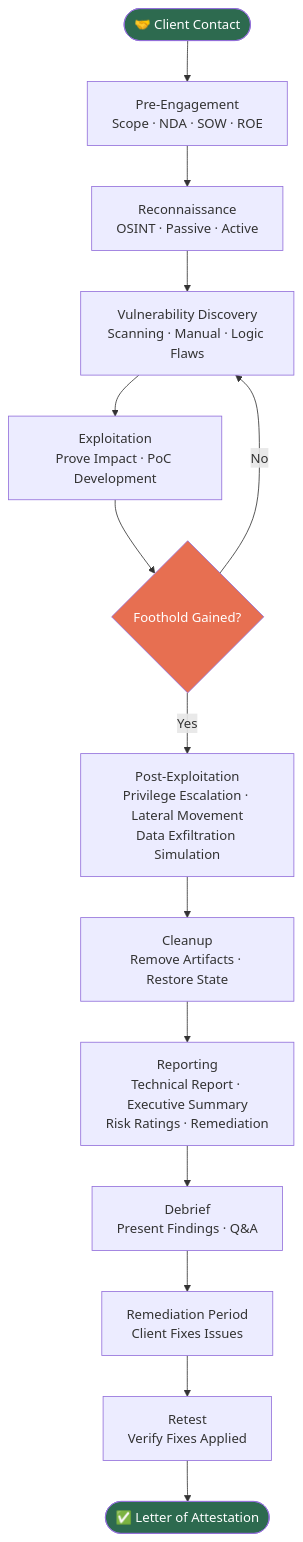
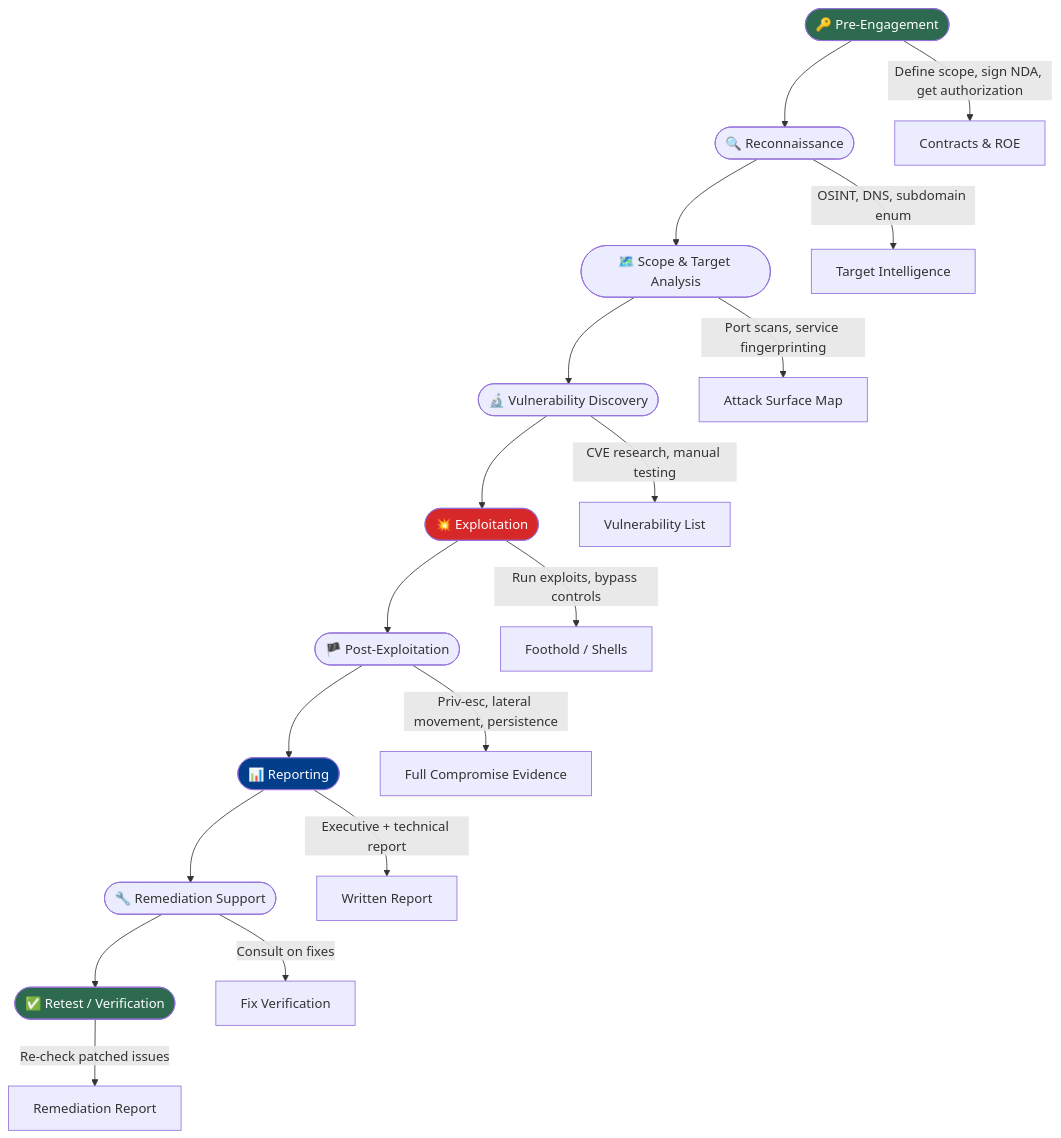
One commit to 0xStr1k3r/HackerNotes changed the diagram in notes/pentesting/01-fundamentals/what-is-pentesting.md. Above: the diagram before and after it, drawn with Mermaid. The commit also changed other lines of this file and 5 other files, not shown here.

````diff
--- a/notes/pentesting/01-fundamentals/what-is-pentesting.md
+++ b/notes/pentesting/01-fundamentals/what-is-pentesting.md
@@ -250,20 +228,26 @@
 ```mermaid
 flowchart TD
-    A([🤝 Client Contact]) --> B[Pre-Engagement\nScope · NDA · SOW · ROE]
-    B --> C[Reconnaissance\nOSINT · Passive · Active]
-    C --> D[Vulnerability Discovery\nScanning · Manual · Logic Flaws]
-    D --> E[Exploitation\nProve Impact · PoC Development]
-    E --> F{Foothold Gained?}
-    F -->|Yes| G[Post-Exploitation\nPrivilege Escalation · Lateral Movement\nData Exfiltration Simulation]
-    F -->|No| D
-    G --> H[Cleanup\nRemove Artifacts · Restore State]
-    H --> I[Reporting\nTechnical Report · Executive Summary\nRisk Ratings · Remediation]
-    I --> J[Debrief\nPresent Findings · Q&A]
-    J --> K[Remediation Period\nClient Fixes Issues]
-    K --> L[Retest\nVerify Fixes Applied]
-    L --> M([✅ Letter of Attestation])
+    A([🔑 Pre-Engagement]) --> B([🔍 Reconnaissance])
+    B --> C([🗺️ Scope & Target Analysis])
+    C --> D([🔬 Vulnerability Discovery])
+    D --> E([💥 Exploitation])
+    E --> F([🏴 Post-Exploitation])
+    F --> G([📊 Reporting])
+    G --> H([🔧 Remediation Support])
+    H --> I([✅ Retest / Verification])
+
+    A --> |Define scope, sign NDA, get authorization| A1[Contracts & ROE]
+    B --> |OSINT, DNS, subdomain enum| B1[Target Intelligence]
+    C --> |Port scans, service fingerprinting| C1[Attack Surface Map]
+    D --> |CVE research, manual testing| D1[Vulnerability List]
+    E --> |Run exploits, bypass controls| E1[Foothold / Shells]
+    F --> |Priv-esc, lateral movement, persistence| F1[Full Compromise Evidence]
+    G --> |Executive + technical report| G1[Written Report]
+    H --> |Consult on fixes| H1[Fix Verification]
+    I --> |Re-check patched issues| I1[Remediation Report]
 
     style A fill:#2d6a4f,color:#fff
-    style M fill:#2d6a4f,color:#fff
-    style F fill:#e76f51,color:#fff
+    style E fill:#d62828,color:#fff
+    style G fill:#023e8a,color:#fff
+    style I fill:#2d6a4f,color:#fff
 ```
````
